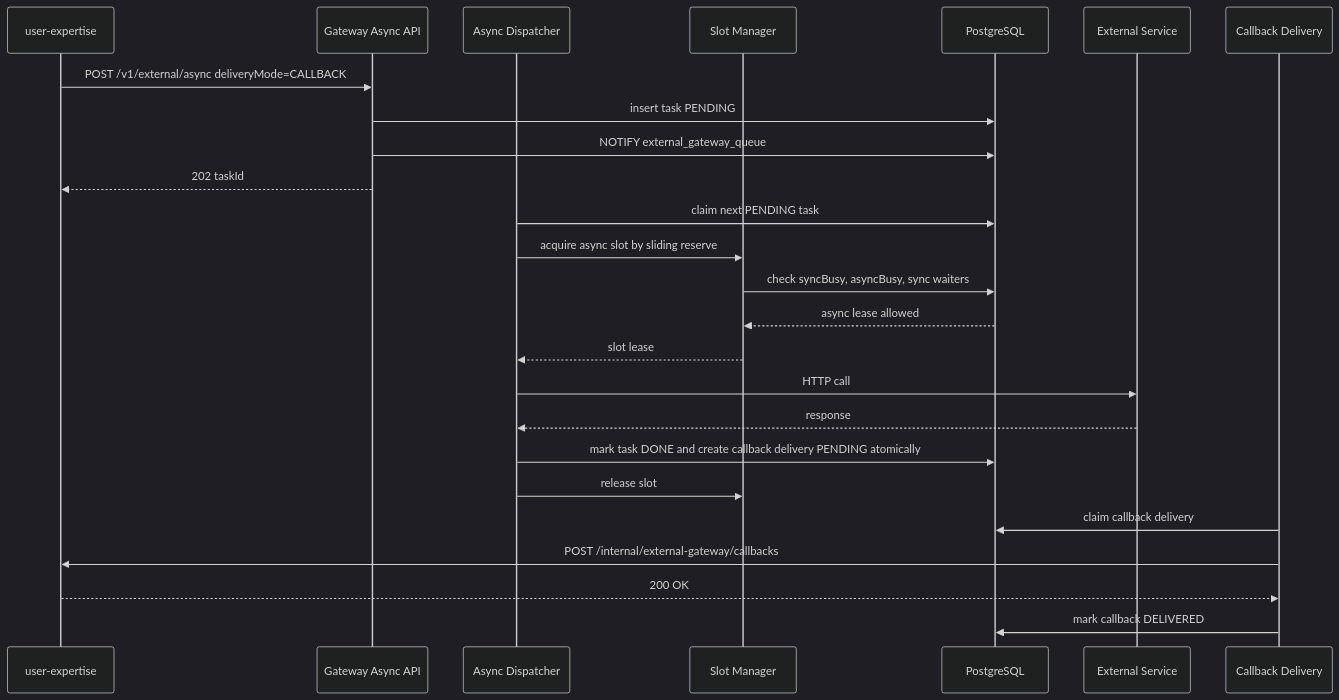
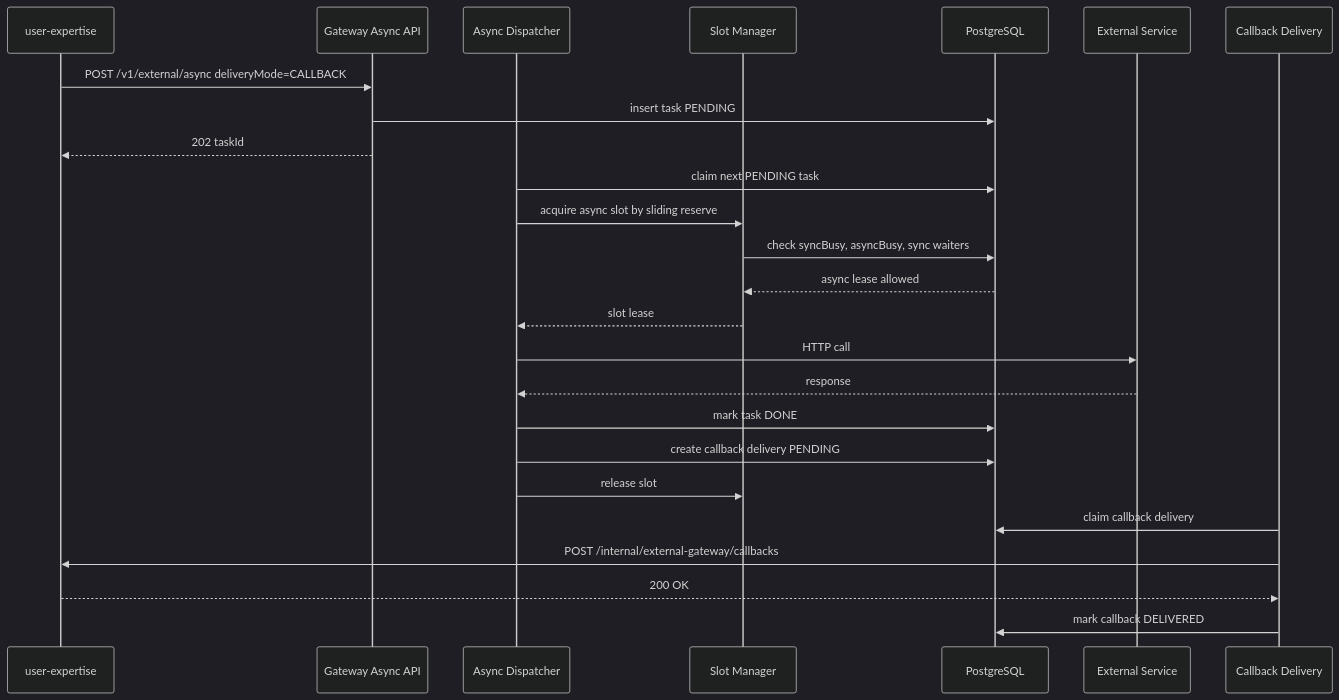
One commit to DenisVanin4402/TestQwenCli changed the sixth of 8 diagrams in docs/external-service-gateway/c4-architecture.md. Above: the diagram before and after it, drawn with Mermaid (dark theme). The commit also changed other lines of this file and 26 other files, not shown here.

````diff
--- a/docs/external-service-gateway/c4-architecture.md
+++ b/docs/external-service-gateway/c4-architecture.md
@@ -143,31 +166,31 @@
 ```mermaid
 sequenceDiagram
     participant Client as user-expertise
     participant API as Gateway Async API
     participant Dispatcher as Async Dispatcher
     participant Slots as Slot Manager
     participant DB as PostgreSQL
     participant Upstream as External Service
     participant Callback as Callback Delivery
 
     Client->>API: POST /v1/external/async deliveryMode=CALLBACK
     API->>DB: insert task PENDING
-    API->>DB: NOTIFY external_gateway_queue
     API-->>Client: 202 taskId
 
     Dispatcher->>DB: claim next PENDING task
     Dispatcher->>Slots: acquire async slot by sliding reserve
     Slots->>DB: check syncBusy, asyncBusy, sync waiters
     DB-->>Slots: async lease allowed
     Slots-->>Dispatcher: slot lease
 
     Dispatcher->>Upstream: HTTP call
     Upstream-->>Dispatcher: response
-    Dispatcher->>DB: mark task DONE and create callback delivery PENDING atomically
+    Dispatcher->>DB: mark task DONE
+    Dispatcher->>DB: create callback delivery PENDING
     Dispatcher->>Slots: release slot
 
     Callback->>DB: claim callback delivery
     Callback->>Client: POST /internal/external-gateway/callbacks
     Client-->>Callback: 200 OK
     Callback->>DB: mark callback DELIVERED
 ```
````
